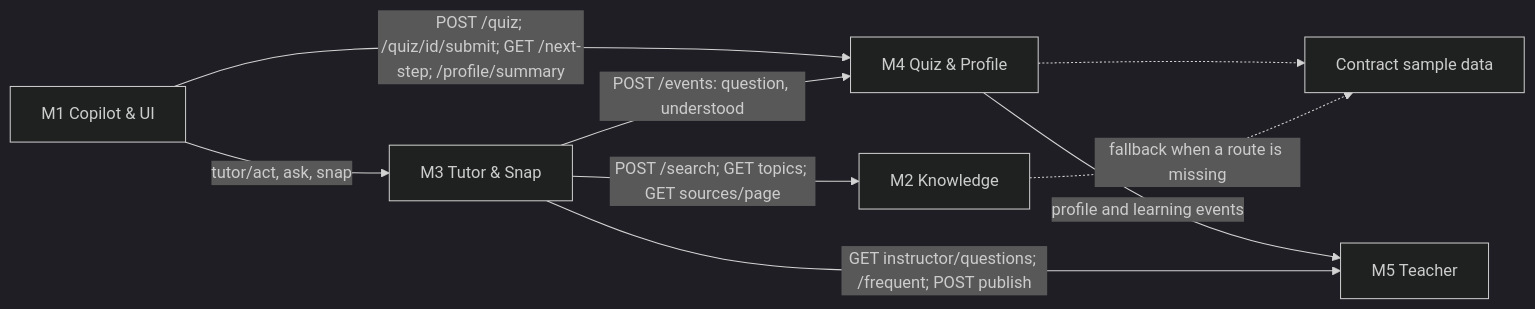
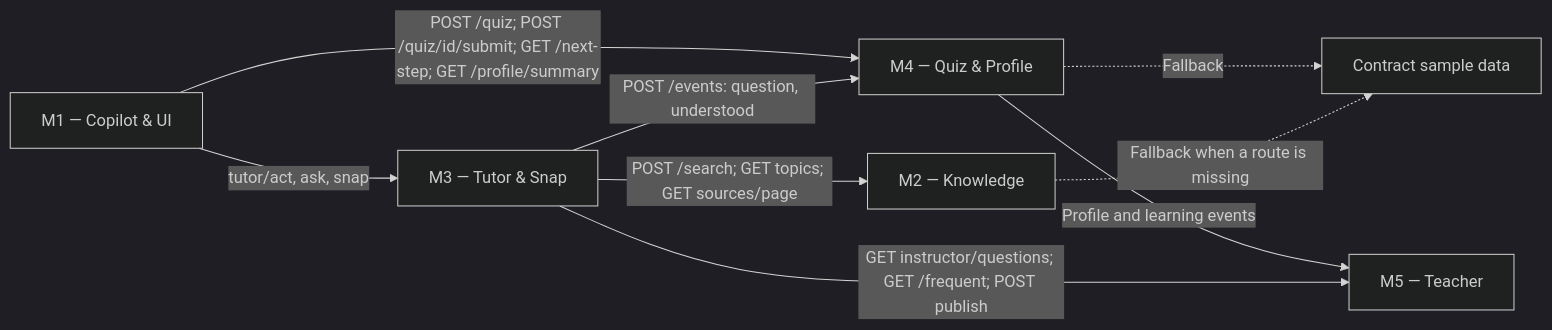
Before and after one commit to MaryamSayedGitHub/Rafeeq_AI: the second of 14 diagrams in README.md, drawn with Mermaid (dark theme). The commit also changed other lines of this file, not shown here.

````diff
--- a/README.md
+++ b/README.md
@@ -133,11 +191,11 @@
 ```mermaid
 flowchart LR
-    M1["M1 Copilot & UI"] -->|"tutor/act, ask, snap"| M3["M3 Tutor & Snap"]
-    M3 -->|"POST /search; GET topics; GET sources/page"| M2["M2 Knowledge"]
-    M3 -->|"POST /events: question, understood"| M4["M4 Quiz & Profile"]
-    M1 -->|"POST /quiz; /quiz/id/submit; GET /next-step; /profile/summary"| M4
-    M3 -->|"GET instructor/questions; /frequent; POST publish"| M5["M5 Teacher"]
-    M4 -->|"profile and learning events"| M5
-    M2 -.->|"fallback when a route is missing"| SMP["Contract sample data"]
-    M4 -.-> SMP
+    M1["M1 — Copilot & UI"] -->|"tutor/act, ask, snap"| M3["M3 — Tutor & Snap"]
+    M3 -->|"POST /search; GET topics; GET sources/page"| M2["M2 — Knowledge"]
+    M3 -->|"POST /events: question, understood"| M4["M4 — Quiz & Profile"]
+    M1 -->|"POST /quiz; POST /quiz/id/submit; GET /next-step; GET /profile/summary"| M4
+    M3 -->|"GET instructor/questions; GET /frequent; POST publish"| M5["M5 — Teacher"]
+    M4 -->|"Profile and learning events"| M5
+    M2 -.->|"Fallback when a route is missing"| SMP["Contract sample data"]
+    M4 -.->|"Fallback"| SMP
 ```
````
